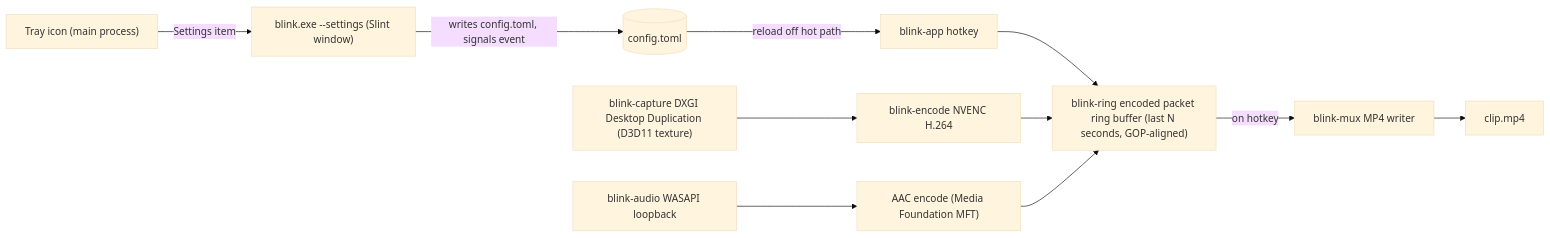
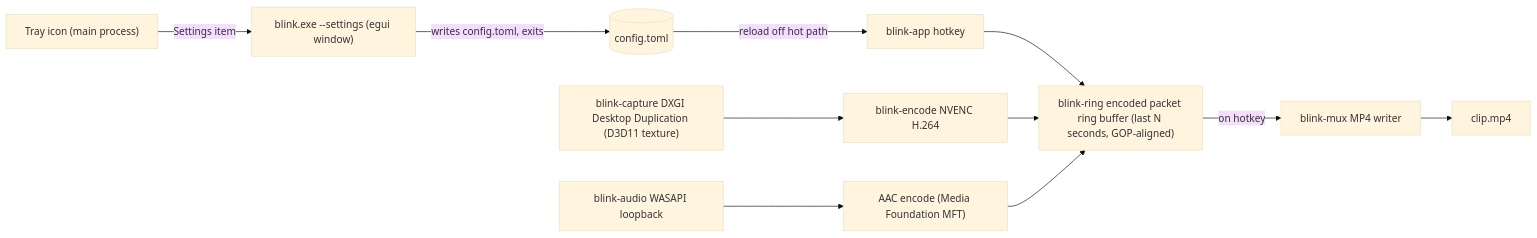
The diagram in docs/ARCHITECTURE.md (blairmcalpine/blink), drawn with Mermaid (base theme) before and after one commit. The commit also changed other lines of this file and 107 other files, not shown here.

First line of the commit message:
Implement blink: capture, NVENC encode, audio, ring, mux, settings UI, app (#1)

````diff
--- a/docs/ARCHITECTURE.md
+++ b/docs/ARCHITECTURE.md
@@ -20,11 +20,11 @@
 ```mermaid
 flowchart LR
   Hotkey[blink-app hotkey] --> Ring
   DXGI["blink-capture DXGI Desktop Duplication (D3D11 texture)"] --> NVENC["blink-encode NVENC H.264"]
   NVENC --> Ring["blink-ring encoded packet ring buffer (last N seconds, GOP-aligned)"]
   WASAPI["blink-audio WASAPI loopback"] --> AAC["AAC encode (Media Foundation MFT)"] --> Ring
   Ring -->|on hotkey| Mux["blink-mux MP4 writer"] --> File[clip.mp4]
-  Tray["Tray icon (main process)"] -->|Settings item| Settings["blink.exe --settings (Slint window)"]
-  Settings -->|"writes config.toml, signals event"| Config[("config.toml")]
+  Tray["Tray icon (main process)"] -->|Settings item| Settings["blink.exe --settings (egui window)"]
+  Settings -->|"writes config.toml, exits"| Config[("config.toml")]
   Config -->|reload off hot path| Hotkey
 ```
````
